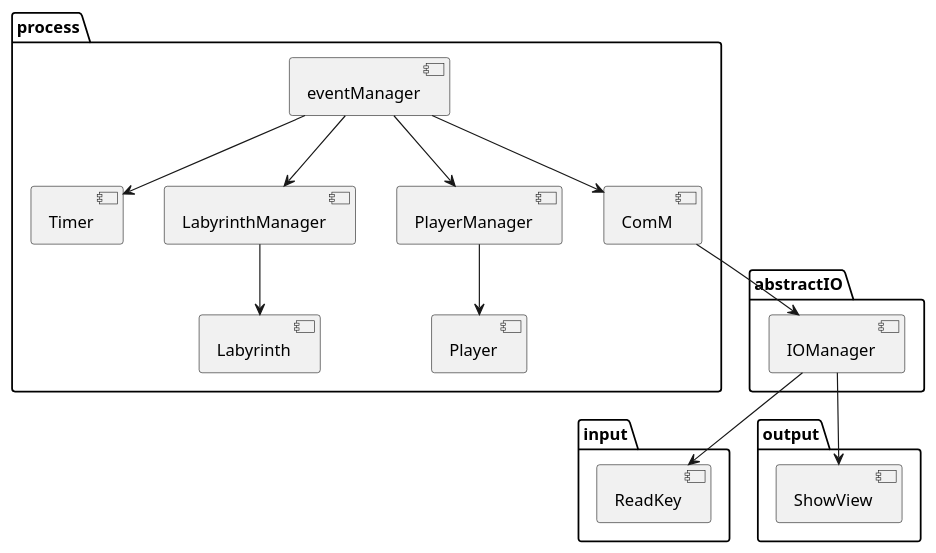
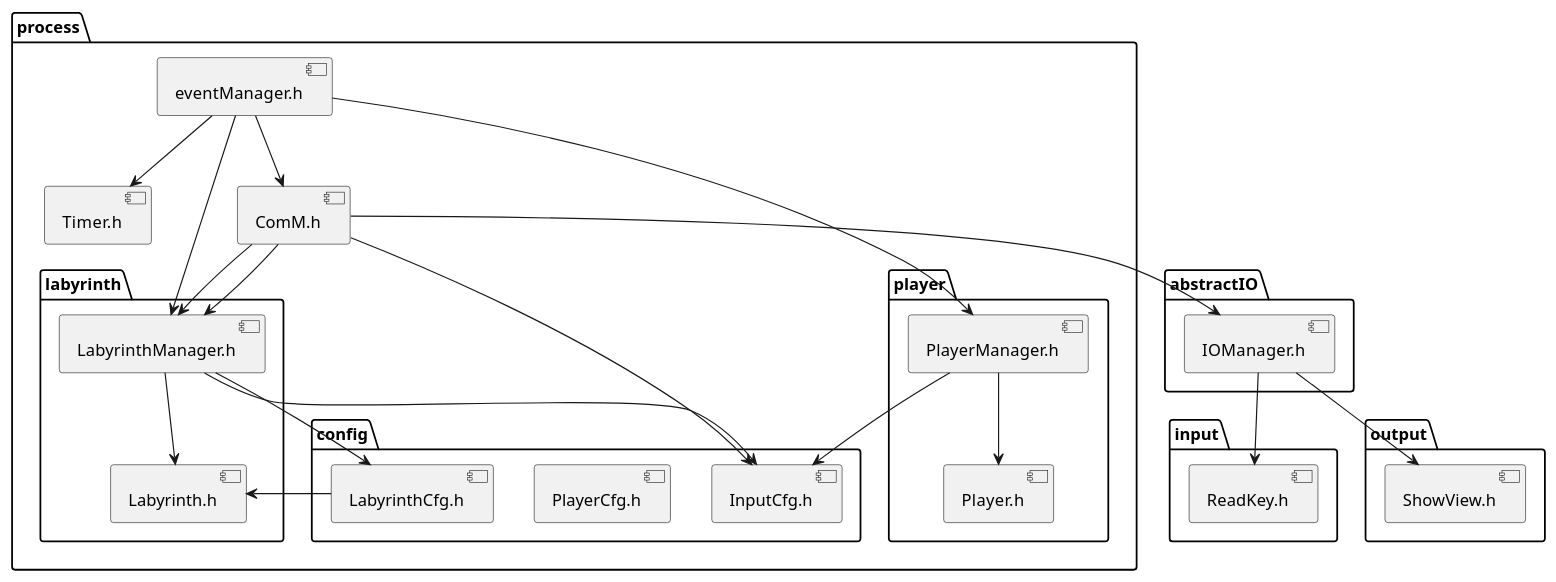
One commit to horiyoshihiro/LabyrinthGame changed the diagram in Doc/Component.pu. Above: the diagram before and after it, drawn with PlantUML. The commit also changed 10 other files, not shown here.

```diff
--- a/Doc/Component.pu
+++ b/Doc/Component.pu
@@ -1,35 +1,55 @@
 @startuml
 package "abstractIO" {
-    [IOManager]
+    [IOManager.h]
 }
 
 package "input" {
-     [ReadKey]
+     [ReadKey.h]
 }
 
-[IOManager] --> [ReadKey]
+[IOManager.h] --> [ReadKey.h]
 
 package "process" {
-    [eventManager]
-    [Timer]
-    [LabyrinthManager] --> [Labyrinth]
-    [PlayerManager] --> [Player]
-    [ComM]
+    [eventManager.h]
+    [Timer.h]
+    [ComM.h]
+    package "labyrinth" {
+        [LabyrinthManager.h] --> [Labyrinth.h]
+    }
+    package "player" {
+        [PlayerManager.h] --> [Player.h]
+    }
+
+    package "config" {
+        [LabyrinthCfg.h]
+        [PlayerCfg.h]
+        [InputCfg.h]
+    }
+    
+    
+    [LabyrinthManager.h] --> [LabyrinthCfg.h]
+    [LabyrinthCfg.h] --> [Labyrinth.h]
+    [eventManager.h] --> [Timer.h]
+    [eventManager.h] -->  [PlayerManager.h]
+    [eventManager.h] -->  [LabyrinthManager.h]
+    [eventManager.h] -->  [ComM.h]
+    [LabyrinthManager.h] --> [InputCfg.h]
+    [PlayerManager.h] --> [InputCfg.h]
+    [ComM.h] --> [InputCfg.h]
+    [ComM.h] --> [LabyrinthManager.h]
+    [ComM.h] --> [LabyrinthManager.h]
 }
 
 package "output" {
-    [IOManager] --> [ShowView]
+    [IOManager.h] --> [ShowView.h]
 }
 
 
-[ComM]      --> [IOManager]     
+[ComM.h]      --> [IOManager.h]     
 
-[eventManager] --> [Timer]
-[eventManager] -->  [PlayerManager]
-[eventManager] -->  [LabyrinthManager]
-[eventManager] -->  [ComM]
+
 
 
 
 
 @enduml
```
